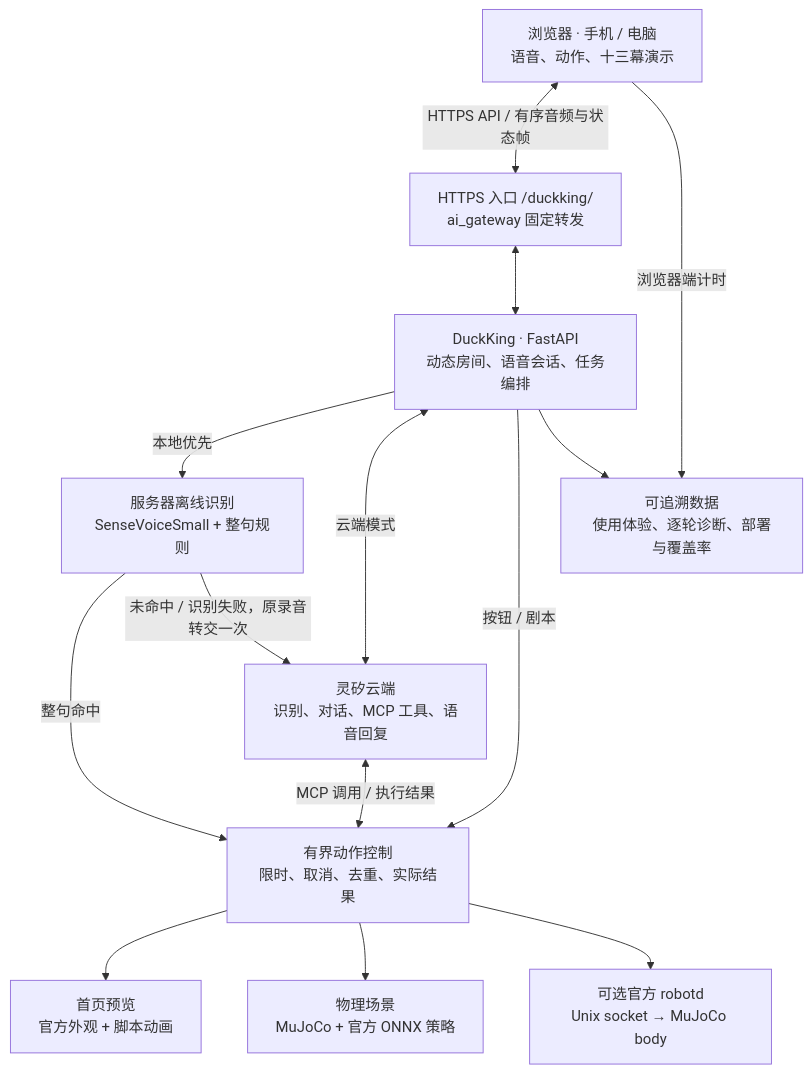
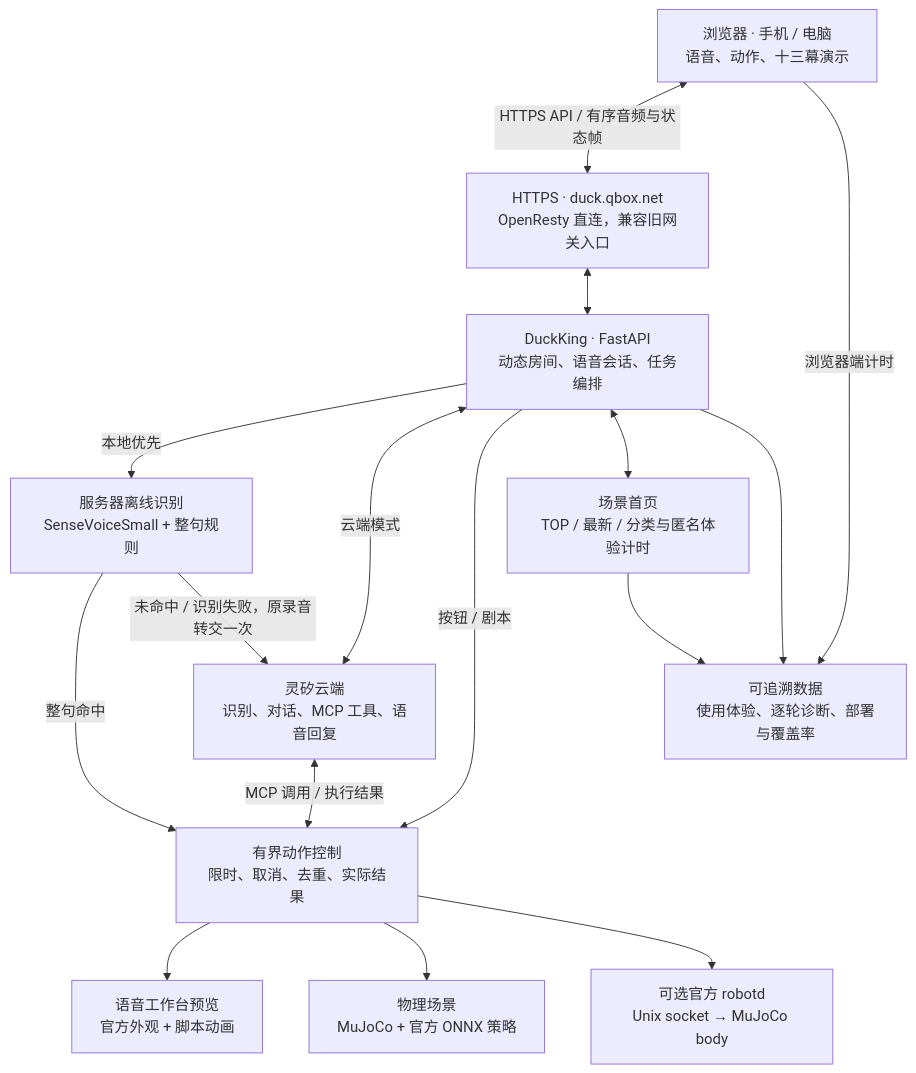
The diagram in README.md (zhoutingunl/DuckKing), drawn with Mermaid before and after one commit. The commit also changed other lines of this file and 82 other files, not shown here.

````diff
--- a/README.md
+++ b/README.md
@@ -56,26 +59,29 @@
 ```mermaid
 flowchart TB
     User["浏览器 · 手机 / 电脑<br/>语音、动作、十三幕演示"]
-    Gateway["HTTPS 入口 /duckking/<br/>ai_gateway 固定转发"]
+    Gateway["HTTPS · duck.qbox.net<br/>OpenResty 直连，兼容旧网关入口"]
     App["DuckKing · FastAPI<br/>动态房间、语音会话、任务编排"]
     Local["服务器离线识别<br/>SenseVoiceSmall + 整句规则"]
     Cloud["灵矽云端<br/>识别、对话、MCP 工具、语音回复"]
     Motion["有界动作控制<br/>限时、取消、去重、实际结果"]
-    Preview["首页预览<br/>官方外观 + 脚本动画"]
+    Preview["语音工作台预览<br/>官方外观 + 脚本动画"]
     Physics["物理场景<br/>MuJoCo + 官方 ONNX 策略"]
     Robotd["可选官方 robotd<br/>Unix socket → MuJoCo body"]
+    Discovery["场景首页<br/>TOP / 最新 / 分类与匿名体验计时"]
     Evidence["可追溯数据<br/>使用体验、逐轮诊断、部署与覆盖率"]
     User <-->|"HTTPS API / 有序音频与状态帧"| Gateway
     Gateway <--> App
     App -->|"本地优先"| Local
     App <-->|"云端模式"| Cloud
     Local -->|"整句命中"| Motion
     Local -->|"未命中 / 识别失败，原录音转交一次"| Cloud
     Cloud <-->|"MCP 调用 / 执行结果"| Motion
     App -->|"按钮 / 剧本"| Motion
     Motion --> Preview
     Motion --> Physics
     Motion --> Robotd
+    App <--> Discovery
+    Discovery --> Evidence
     App --> Evidence
     User -->|"浏览器端计时"| Evidence
 ```
````
